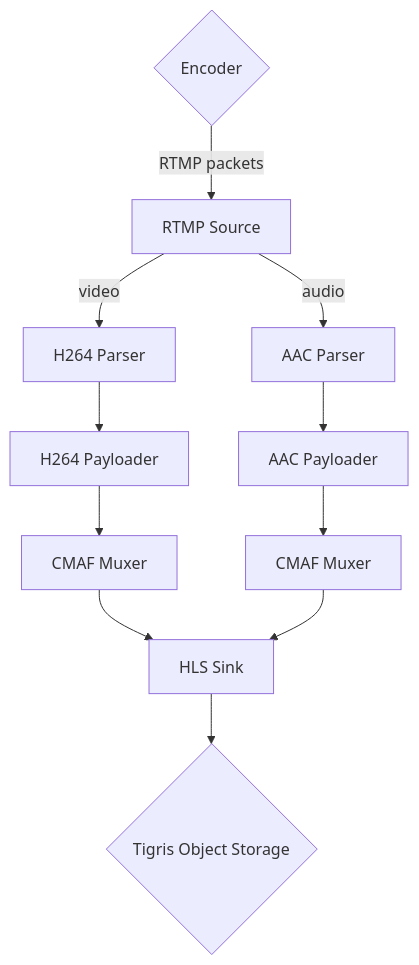
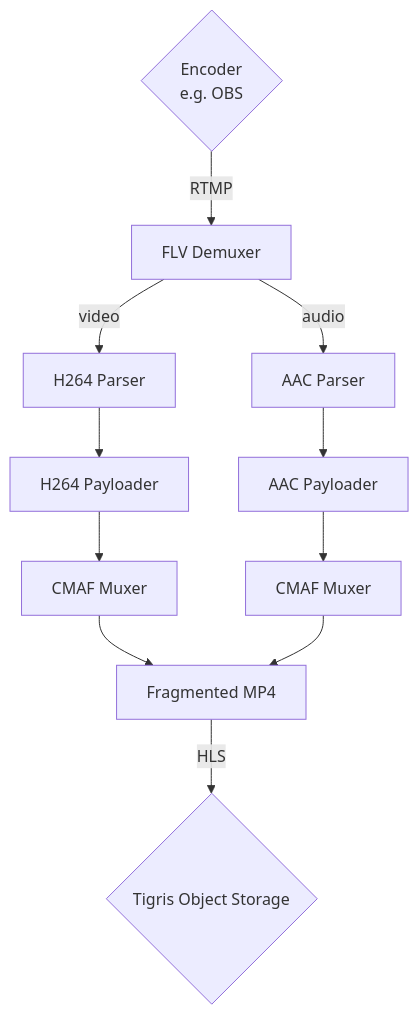
Before and after one commit to algora-io/tv: the second of 2 diagrams in README.md, drawn with Mermaid. The commit also changed other lines of this file, not shown here.

````diff
--- a/README.md
+++ b/README.md
@@ -37,13 +41,13 @@
 ```mermaid
 graph
-    Encoder{Encoder} -->|RTMP packets| Source[RTMP Source]
+    Encoder{Encoder<br>e.g. OBS} -->|RTMP| Source[FLV Demuxer]
     Source -->|video| H264Parser[H264 Parser]
     Source -->|audio| AACParser[AAC Parser]
     H264Parser --> H264Payloader[H264 Payloader]
     AACParser --> AACPayloader[AAC Payloader]
     H264Payloader --> CMAFMuxerVideo[CMAF Muxer]
     AACPayloader --> CMAFMuxerAudio[CMAF Muxer]
-    CMAFMuxerVideo --> HLSSink
-    CMAFMuxerAudio --> HLSSink
-    HLSSink[HLS Sink] --> Tigris{Tigris Object Storage}
+    CMAFMuxerVideo --> fMP4
+    CMAFMuxerAudio --> fMP4
+    fMP4[Fragmented MP4] -->|HLS| Tigris{Tigris Object Storage}
 ```
````
